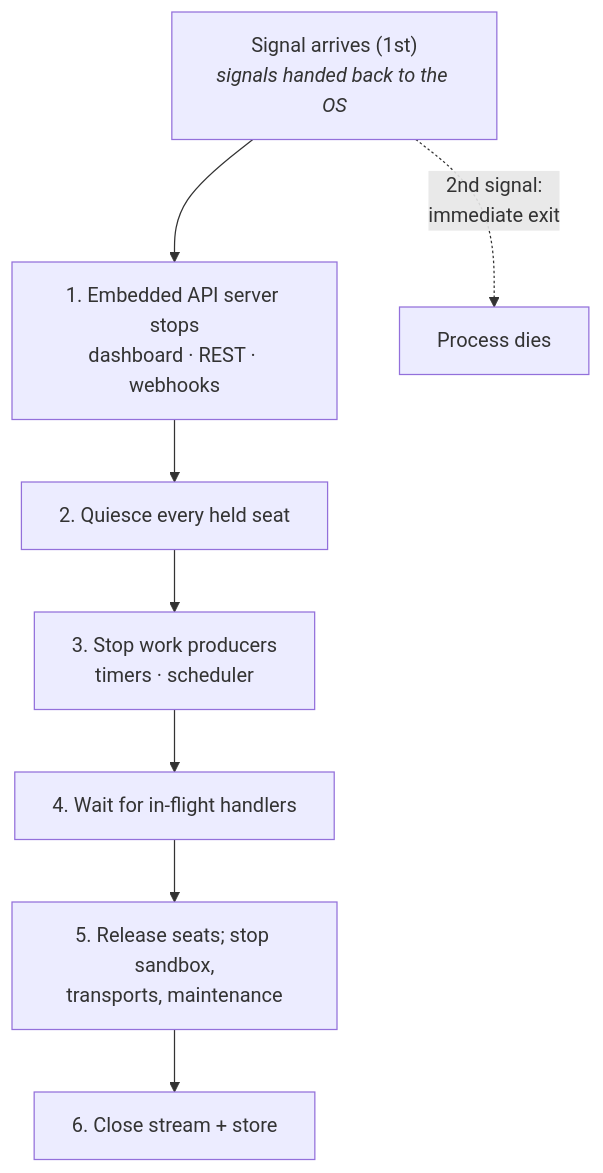
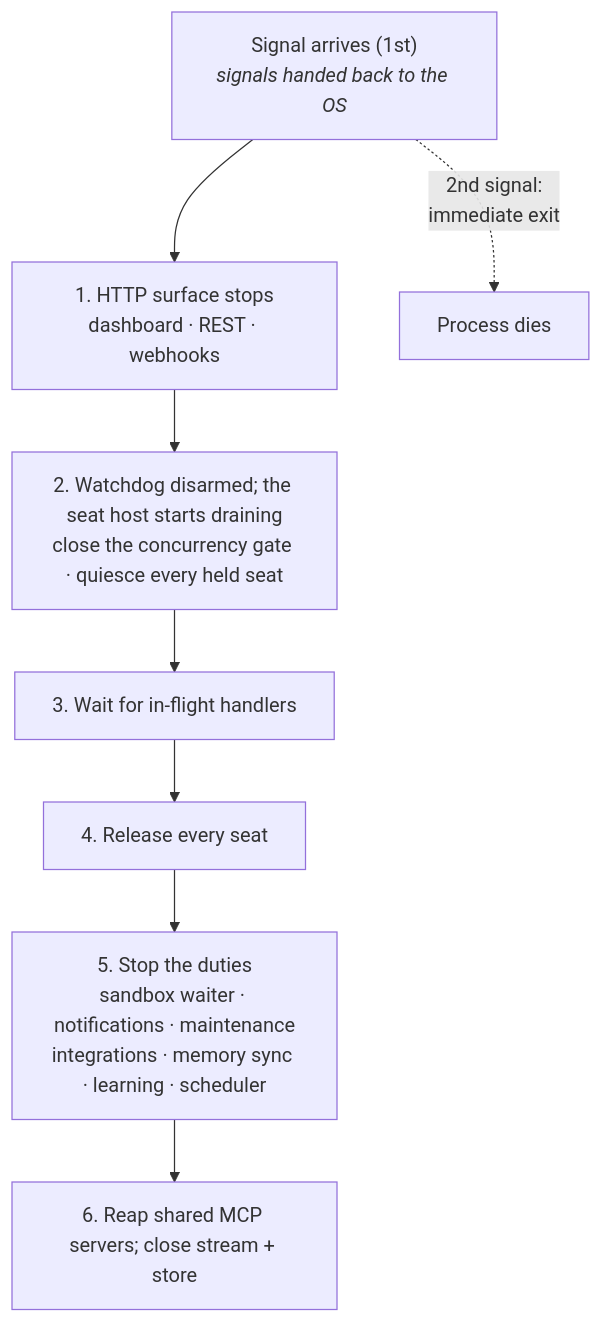
Before and after one commit to crewlet/crewlet: the fourth of 4 diagrams in docs/concepts/agent-runtime.md, drawn with Mermaid. The commit also changed other lines of this file, not shown here.

````diff
--- a/docs/concepts/agent-runtime.md
+++ b/docs/concepts/agent-runtime.md
@@ -236,11 +240,11 @@
 ```mermaid
 flowchart TD
     SIG["Signal arrives (1st)<br/><i>signals handed back to the OS</i>"] --> S0
-    S0["1. Embedded API server stops<br/>dashboard · REST · webhooks"] --> S1
-    S1["2. Quiesce every held seat"] --> S2
-    S2["3. Stop work producers<br/>timers · scheduler"] --> S3
-    S3["4. Wait for in-flight handlers"] --> S4
-    S4["5. Release seats; stop sandbox,<br/>transports, maintenance"] --> S5
-    S5["6. Close stream + store"]
+    S0["1. HTTP surface stops<br/>dashboard · REST · webhooks"] --> S1
+    S1["2. Watchdog disarmed; the seat host starts draining<br/>close the concurrency gate · quiesce every held seat"] --> S2
+    S2["3. Wait for in-flight handlers"] --> S3
+    S3["4. Release every seat"] --> S4
+    S4["5. Stop the duties<br/>sandbox waiter · notifications · maintenance<br/>integrations · memory sync · learning · scheduler"] --> S5
+    S5["6. Reap shared MCP servers; close stream + store"]
     SIG -.->|"2nd signal:<br/>immediate exit"| X["Process dies"]
 ```
````
